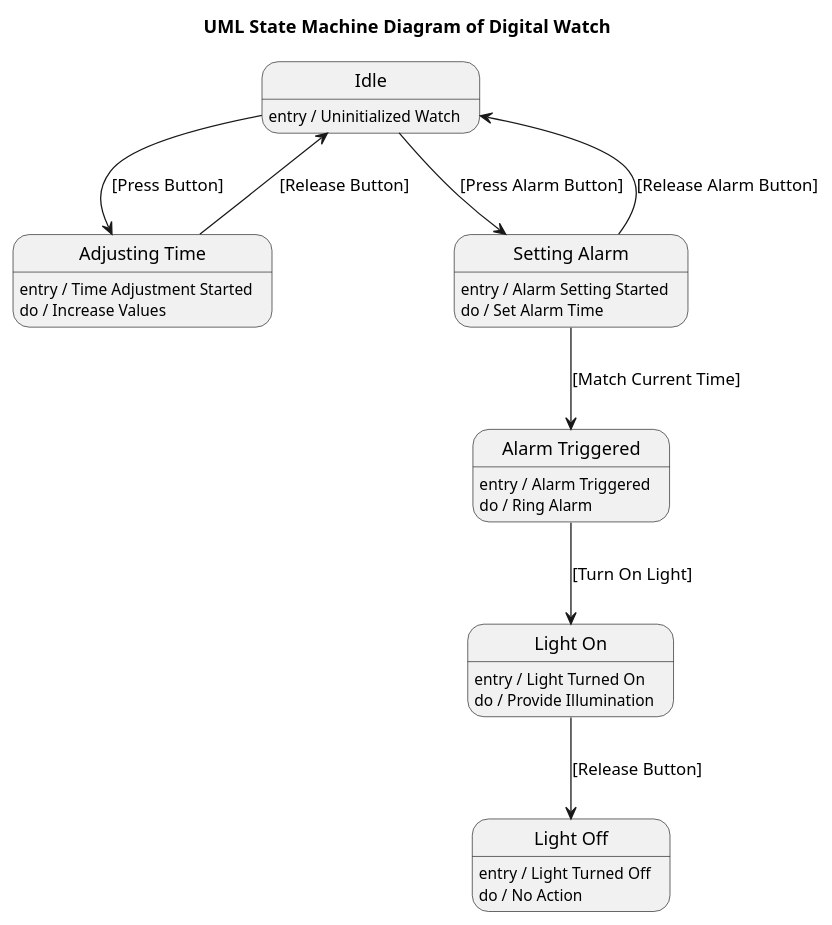
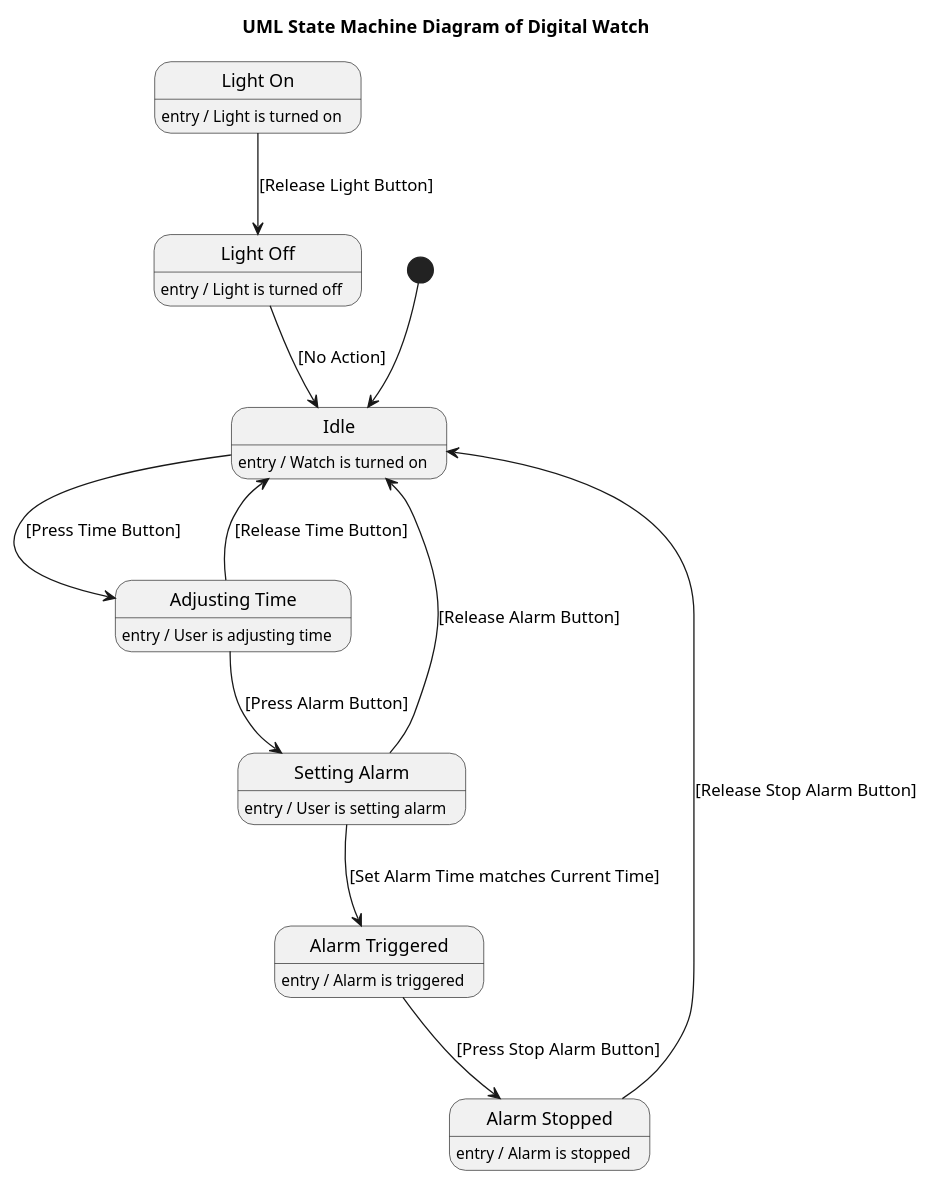
The diagram in results/plantuml_pipeline_run2/runs/open_source__llama31_8b_instruct__few_shot/case_46_digital_watch/run_01.puml (maimunafaria/State_transition_Diagram_generated_by_LLM), drawn with PlantUML before and after one commit. The commit also changed other lines of this file and 472 other files, not shown here.

```diff
--- a/results/plantuml_pipeline_run2/runs/open_source__llama31_8b_instruct__few_shot/case_46_digital_watch/run_01.puml
+++ b/results/plantuml_pipeline_run2/runs/open_source__llama31_8b_instruct__few_shot/case_46_digital_watch/run_01.puml
@@ -1,35 +1,36 @@
 @startuml
 title UML State Machine Diagram of Digital Watch
 
 state "Idle" as Idle
 state "Adjusting Time" as AdjustingTime
 state "Setting Alarm" as SettingAlarm
 state "Alarm Triggered" as AlarmTriggered
+state "Alarm Stopped" as AlarmStopped
 state "Light On" as LightOn
 state "Light Off" as LightOff
 
-Idle : entry / Uninitialized Watch
-Idle --> AdjustingTime : [Press Button]
+Idle : entry / Watch is turned on
+Idle --> AdjustingTime : [Press Time Button]
 
-AdjustingTime : entry / Time Adjustment Started
-AdjustingTime : do / Increase Values
-AdjustingTime --> Idle : [Release Button]
+AdjustingTime : entry / User is adjusting time
+AdjustingTime --> Idle : [Release Time Button]
+AdjustingTime --> SettingAlarm : [Press Alarm Button]
 
-SettingAlarm : entry / Alarm Setting Started
-SettingAlarm : do / Set Alarm Time
-SettingAlarm --> AlarmTriggered : [Match Current Time]
-AlarmTriggered : entry / Alarm Triggered
-AlarmTriggered : do / Ring Alarm
-AlarmTriggered --> LightOn : [Turn On Light]
+SettingAlarm : entry / User is setting alarm
+SettingAlarm --> Idle : [Release Alarm Button]
+SettingAlarm --> AlarmTriggered : [Set Alarm Time matches Current Time]
 
-LightOn : entry / Light Turned On
-LightOn : do / Provide Illumination
-LightOn --> LightOff : [Release Button]
+AlarmTriggered : entry / Alarm is triggered
+AlarmTriggered --> AlarmStopped : [Press Stop Alarm Button]
 
-LightOff : entry / Light Turned Off
-LightOff : do / No Action
+AlarmStopped : entry / Alarm is stopped
+AlarmStopped --> Idle : [Release Stop Alarm Button]
 
-Idle --> SettingAlarm : [Press Alarm Button]
-SettingAlarm --> Idle : [Release Alarm Button]
+LightOn : entry / Light is turned on
+LightOn --> LightOff : [Release Light Button]
+LightOff : entry / Light is turned off
+LightOff --> Idle : [No Action]
+
+[*] --> Idle
 
 @enduml
```
